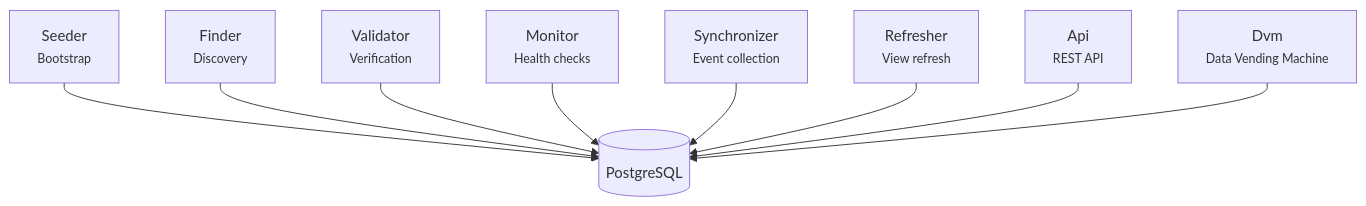
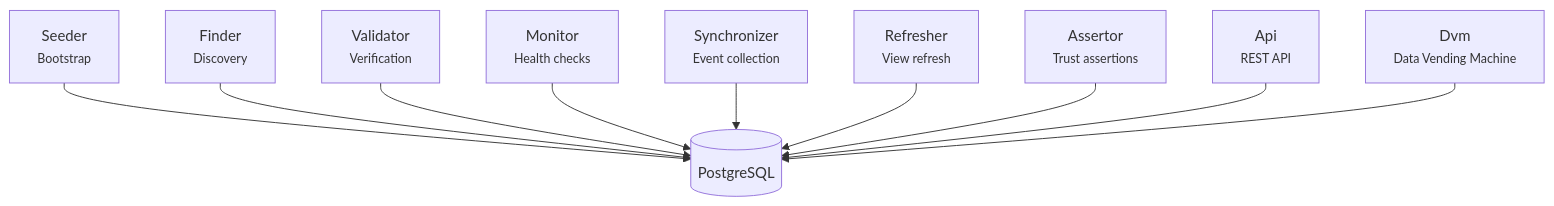
The diagram in docs/_snippets/pipeline.md (BigBrotr/bigbrotr), drawn with Mermaid before and after one commit. The commit also changed 19 other files, not shown here.

````diff
--- a/docs/_snippets/pipeline.md
+++ b/docs/_snippets/pipeline.md
@@ -1,22 +1,24 @@
 ```mermaid
 flowchart TD
     DB[("PostgreSQL")]
 
     SE["Seeder<br/><small>Bootstrap</small>"]
     FI["Finder<br/><small>Discovery</small>"]
     VA["Validator<br/><small>Verification</small>"]
     MO["Monitor<br/><small>Health checks</small>"]
     SY["Synchronizer<br/><small>Event collection</small>"]
     RE["Refresher<br/><small>View refresh</small>"]
+    AS["Assertor<br/><small>Trust assertions</small>"]
     AP["Api<br/><small>REST API</small>"]
     DV["Dvm<br/><small>Data Vending Machine</small>"]
 
     SE --> DB
     FI --> DB
     VA --> DB
     MO --> DB
     SY --> DB
     RE --> DB
+    AS --> DB
     AP --> DB
     DV --> DB
 ```
````
